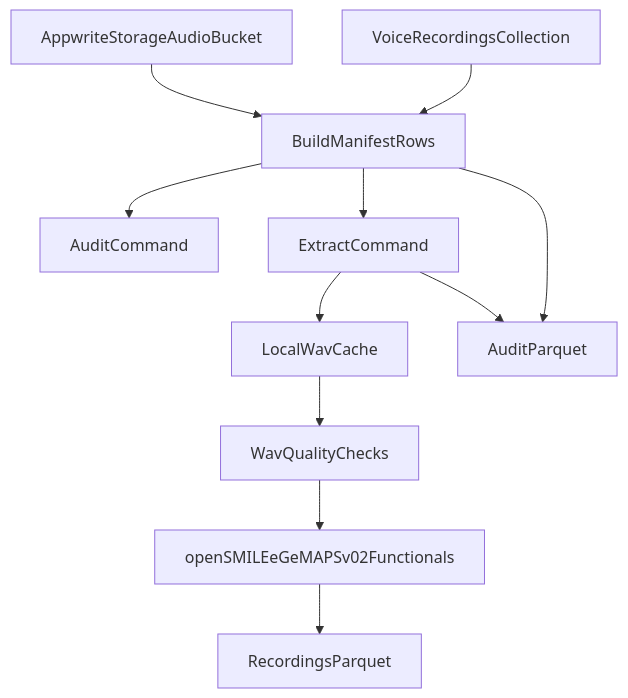
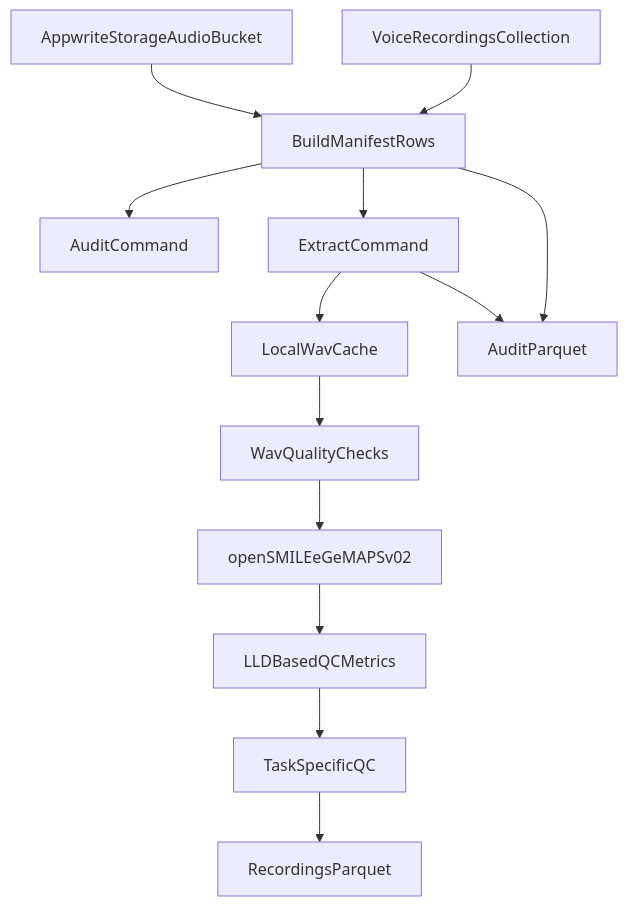
The first of 3 diagrams in PROJECT_WALKTHROUGH.md (PoisonIvory/voice_feature_extraction), drawn with Mermaid before and after one commit. The commit also changed other lines of this file and 8 other files, not shown here.

First line of the commit message:
feat(qc): add task-specific quality gating for vowel and prosody tasks

````diff
--- a/PROJECT_WALKTHROUGH.md
+++ b/PROJECT_WALKTHROUGH.md
@@ -21,13 +21,15 @@
 ```mermaid
 flowchart TD
     appwriteStorage[AppwriteStorageAudioBucket] --> manifestBuilder[BuildManifestRows]
     voiceRecordings[VoiceRecordingsCollection] --> manifestBuilder
     manifestBuilder --> auditCommand[AuditCommand]
     manifestBuilder --> extractCommand[ExtractCommand]
     extractCommand --> wavCache[LocalWavCache]
     wavCache --> wavQc[WavQualityChecks]
-    wavQc --> opensmileExtract[openSMILEeGeMAPSv02Functionals]
-    opensmileExtract --> recordingsParquet[RecordingsParquet]
+    wavQc --> opensmileExtract[openSMILEeGeMAPSv02]
+    opensmileExtract --> lldQc[LLDBasedQCMetrics]
+    lldQc --> taskQc[TaskSpecificQC]
+    taskQc --> recordingsParquet[RecordingsParquet]
     manifestBuilder --> auditParquet[AuditParquet]
     extractCommand --> auditParquet
 ```
````
